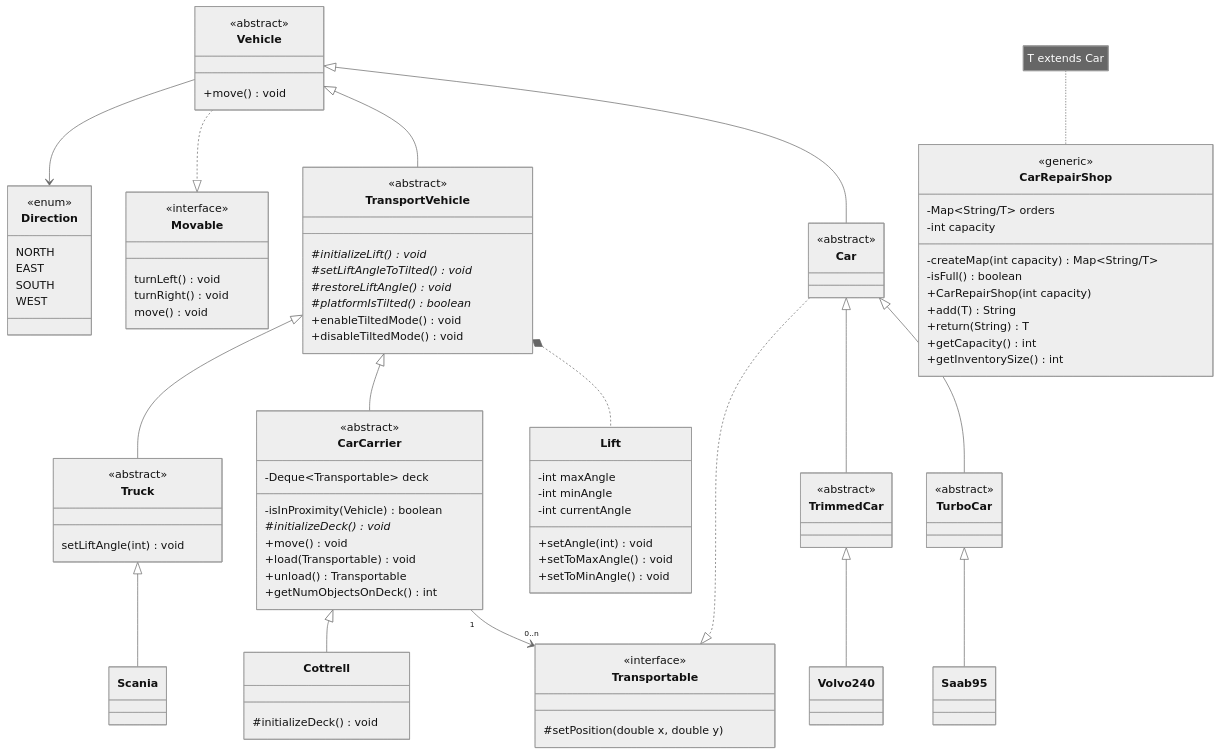
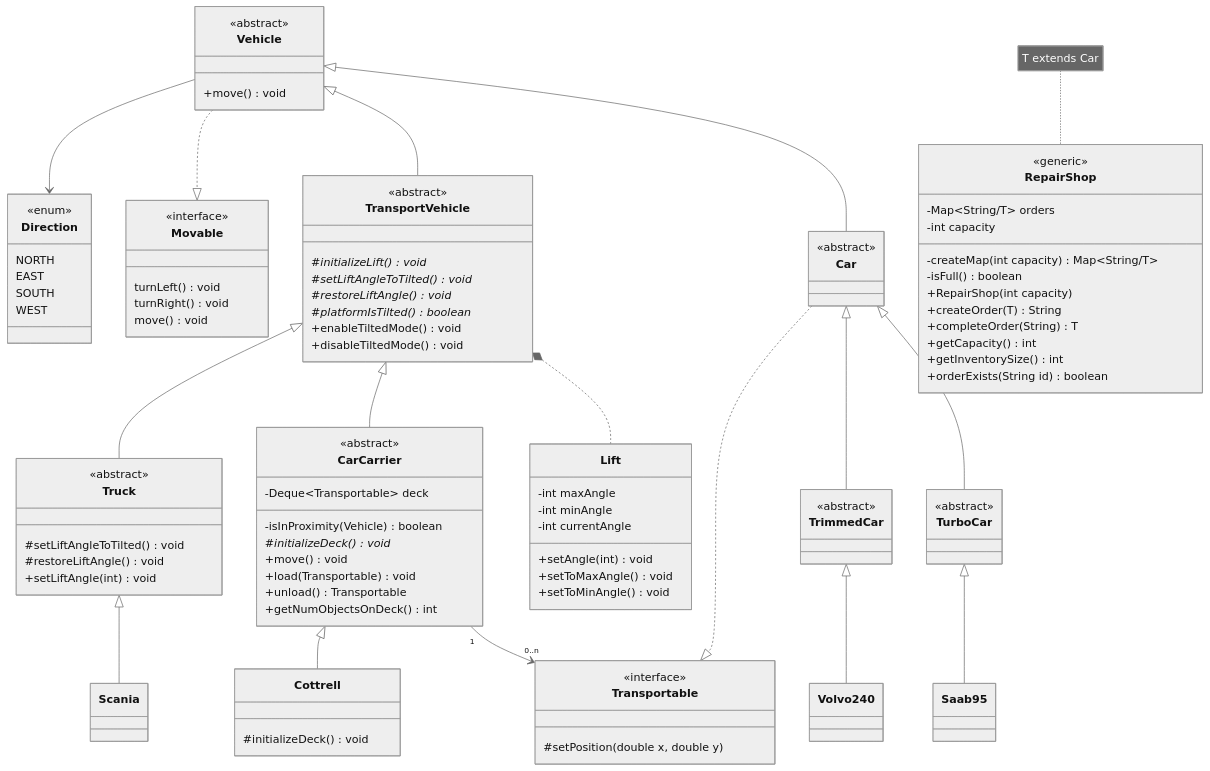
The diagram in docs/class-diagram.mermaid (hasicx/TDA553-lab1), drawn with Mermaid (neutral theme) before and after one commit.

Commit message:
Update clas diagram

```diff
--- a/docs/class-diagram.mermaid
+++ b/docs/class-diagram.mermaid
@@ -1,118 +1,121 @@
 classDiagram
 
   class Direction {
     <<enum>>
     NORTH
     EAST
     SOUTH
     WEST
   }
 
   class Transportable {
     <<interface>>
     #setPosition(double x, double y)
   }
 
   class Movable{
     <<interface>>
     turnLeft() void
     turnRight() void
     move() void
   }
 
-  class CarRepairShop {
+  class RepairShop {
     <<generic>>
     %% Comma-separated type-parameter lists not supported for generics. Use / to separate.
     -Map~String/T~ orders
     -int capacity
     -createMap(int capacity) Map~String/T~
     -isFull() boolean
-    +CarRepairShop(int capacity)
-    +add(T) String
-    +return(String) T
+    +RepairShop(int capacity)
+    +createOrder(T) String
+    +completeOrder(String) T
     +getCapacity() int
     +getInventorySize() int
+    +orderExists(String id) boolean
   }
-  note for CarRepairShop "T extends Car"
+  note for RepairShop "T extends Car"
 
   class Vehicle{
     <<abstract>>
     +move() void
   }
 
   class TransportVehicle {
     <<abstract>>
     #initializeLift() void*
     #setLiftAngleToTilted() void*
     #restoreLiftAngle() void*
     #platformIsTilted() boolean*
     +enableTiltedMode() void
     +disableTiltedMode() void
   }
 
   class CarCarrier {
     <<abstract>>
     -Deque~Transportable~ deck
     -isInProximity(Vehicle) boolean
     #initializeDeck() void*
     +move() void
     +load(Transportable) void
     +unload() Transportable
     +getNumObjectsOnDeck() int
   }
 
   class Cottrell {
     #initializeDeck() void
   }
 
   class Truck {
     <<abstract>>
-    setLiftAngle(int) void
+    #setLiftAngleToTilted() void
+    #restoreLiftAngle() void
+    +setLiftAngle(int) void
   }
 
   class Scania {
   }
 
   class Lift {
     -int maxAngle
     -int minAngle
     -int currentAngle
     +setAngle(int) void
     +setToMaxAngle() void
     +setToMinAngle() void
   }
 
   class Car {
     <<abstract>>
   }
 
   class TrimmedCar {
     <<abstract>>
   }
 
   class TurboCar {
     <<abstract>>
   }
 
   class Volvo240 {
   }
 
   class Saab95 {
   }
 
 
 Vehicle --> Direction
 Vehicle ..|> Movable
 Vehicle <|-- TransportVehicle
 Vehicle <|-- Car
 TransportVehicle <|-- Truck
 TransportVehicle <|-- CarCarrier
 TransportVehicle *.. Lift
 Truck <|-- Scania
 CarCarrier <|-- Cottrell
 CarCarrier "1" --> "0..n" Transportable
 Car ..|> Transportable
 Car <|-- TrimmedCar
 Car <|-- TurboCar
 TrimmedCar <|-- Volvo240
 TurboCar <|-- Saab95
```
